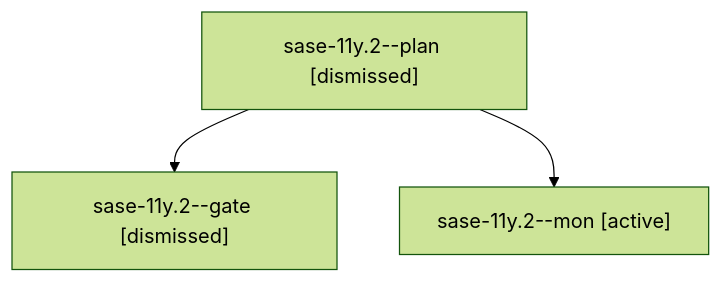
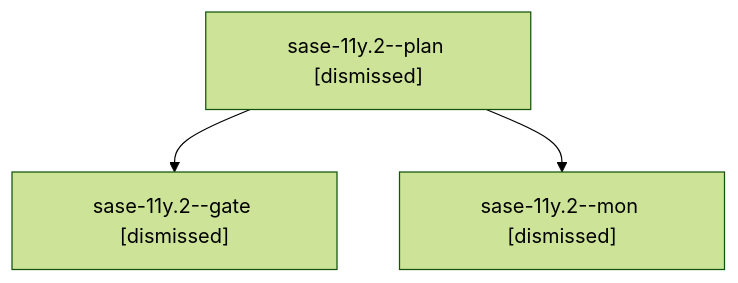
The diagram in sessions/bbugyi200.athena.sase-11y.2.md (sase-org/sase--agents), drawn with Mermaid (forest theme) before and after one commit. The commit also changed other lines of this file and 306 other files, not shown here.

````diff
--- a/sessions/bbugyi200.athena.sase-11y.2.md
+++ b/sessions/bbugyi200.athena.sase-11y.2.md
@@ -9,8 +9,8 @@
 ```mermaid
 flowchart TD
   n0["sase-11y.2--plan [dismissed]"]
   n1["sase-11y.2--gate [dismissed]"]
   n0 --> n1
-  n2["sase-11y.2--mon [active]"]
+  n2["sase-11y.2--mon [dismissed]"]
   n0 --> n2
 ```
````
